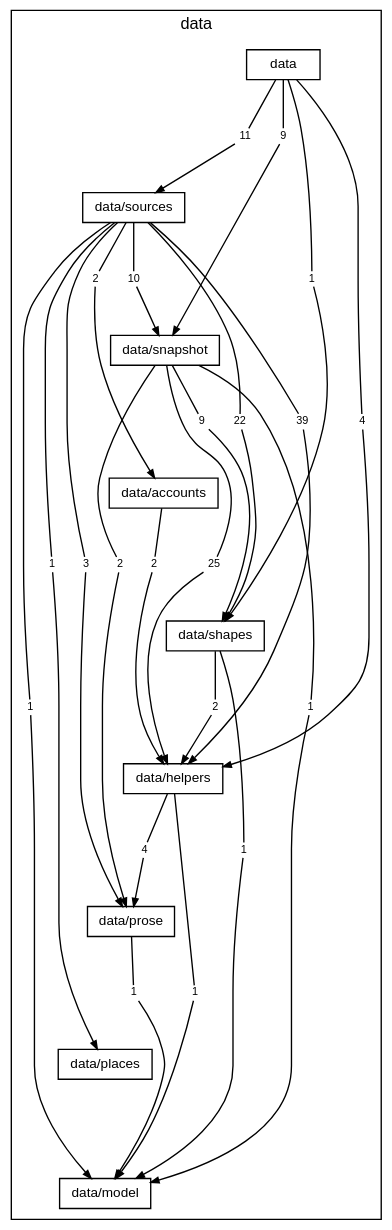
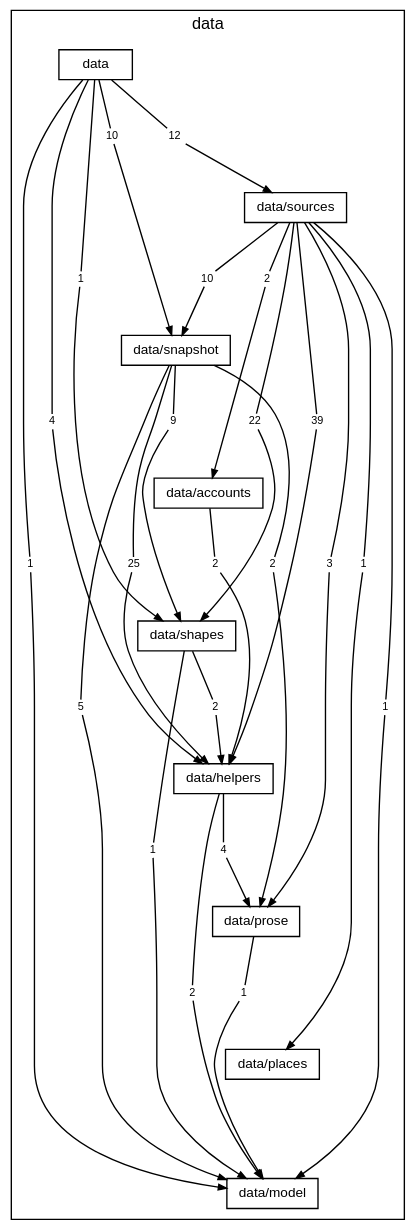
One commit to TheAxeC/oculus changed the diagram in docs/diagrams/layer-data.dot. Above: the diagram before and after it, drawn with Graphviz. The commit also changed 192 other files, not shown here.

```diff
--- a/docs/diagrams/layer-data.dot
+++ b/docs/diagrams/layer-data.dot
@@ -1,88 +1,91 @@
 digraph layer_data {
     graph [bgcolor="transparent", rankdir=TB, newrank=true, mclimit=4, fontname="Helvetica,Arial,sans-serif", fontsize=12, nodesep=0.2, ranksep=0.5];
     node [shape=box, color="black", fontcolor="black", fontname="Helvetica,Arial,sans-serif", fontsize=10, height=0.3, margin="0.12,0.04"];
     edge [color="black", fontcolor="black", fontname="Helvetica,Arial,sans-serif", fontsize=8, arrowsize=0.6];
     subgraph "cluster_data" {
         label="data"; style=solid;
         "folder data" [label="data"];
         "folder data/sources" [label="data/sources"];
         "folder data/snapshot" [label="data/snapshot"];
         "folder data/accounts" [label="data/accounts"];
         "folder data/shapes" [label="data/shapes"];
         "folder data/helpers" [label="data/helpers"];
         "folder data/prose" [label="data/prose"];
         "folder data/places" [label="data/places"];
         "folder data/model" [label="data/model"];
         "folder data to folder data/helpers" [label="4", shape=box, color="transparent", fontsize=8, width=0, height=0, margin="0.04,0.02"];
+        "folder data to folder data/model" [label="1", shape=box, color="transparent", fontsize=8, width=0, height=0, margin="0.04,0.02"];
         "folder data to folder data/shapes" [label="1", shape=box, color="transparent", fontsize=8, width=0, height=0, margin="0.04,0.02"];
-        "folder data to folder data/snapshot" [label="9", shape=box, color="transparent", fontsize=8, width=0, height=0, margin="0.04,0.02"];
-        "folder data to folder data/sources" [label="11", shape=box, color="transparent", fontsize=8, width=0, height=0, margin="0.04,0.02"];
+        "folder data to folder data/snapshot" [label="10", shape=box, color="transparent", fontsize=8, width=0, height=0, margin="0.04,0.02"];
+        "folder data to folder data/sources" [label="12", shape=box, color="transparent", fontsize=8, width=0, height=0, margin="0.04,0.02"];
         "folder data/sources to folder data/accounts" [label="2", shape=box, color="transparent", fontsize=8, width=0, height=0, margin="0.04,0.02"];
         "folder data/sources to folder data/helpers" [label="39", shape=box, color="transparent", fontsize=8, width=0, height=0, margin="0.04,0.02"];
         "folder data/sources to folder data/model" [label="1", shape=box, color="transparent", fontsize=8, width=0, height=0, margin="0.04,0.02"];
         "folder data/sources to folder data/places" [label="1", shape=box, color="transparent", fontsize=8, width=0, height=0, margin="0.04,0.02"];
         "folder data/sources to folder data/prose" [label="3", shape=box, color="transparent", fontsize=8, width=0, height=0, margin="0.04,0.02"];
         "folder data/sources to folder data/shapes" [label="22", shape=box, color="transparent", fontsize=8, width=0, height=0, margin="0.04,0.02"];
         "folder data/sources to folder data/snapshot" [label="10", shape=box, color="transparent", fontsize=8, width=0, height=0, margin="0.04,0.02"];
         "folder data/snapshot to folder data/helpers" [label="25", shape=box, color="transparent", fontsize=8, width=0, height=0, margin="0.04,0.02"];
-        "folder data/snapshot to folder data/model" [label="1", shape=box, color="transparent", fontsize=8, width=0, height=0, margin="0.04,0.02"];
+        "folder data/snapshot to folder data/model" [label="5", shape=box, color="transparent", fontsize=8, width=0, height=0, margin="0.04,0.02"];
         "folder data/snapshot to folder data/prose" [label="2", shape=box, color="transparent", fontsize=8, width=0, height=0, margin="0.04,0.02"];
         "folder data/snapshot to folder data/shapes" [label="9", shape=box, color="transparent", fontsize=8, width=0, height=0, margin="0.04,0.02"];
         "folder data/accounts to folder data/helpers" [label="2", shape=box, color="transparent", fontsize=8, width=0, height=0, margin="0.04,0.02"];
         "folder data/shapes to folder data/helpers" [label="2", shape=box, color="transparent", fontsize=8, width=0, height=0, margin="0.04,0.02"];
         "folder data/shapes to folder data/model" [label="1", shape=box, color="transparent", fontsize=8, width=0, height=0, margin="0.04,0.02"];
-        "folder data/helpers to folder data/model" [label="1", shape=box, color="transparent", fontsize=8, width=0, height=0, margin="0.04,0.02"];
+        "folder data/helpers to folder data/model" [label="2", shape=box, color="transparent", fontsize=8, width=0, height=0, margin="0.04,0.02"];
         "folder data/helpers to folder data/prose" [label="4", shape=box, color="transparent", fontsize=8, width=0, height=0, margin="0.04,0.02"];
         "folder data/prose to folder data/model" [label="1", shape=box, color="transparent", fontsize=8, width=0, height=0, margin="0.04,0.02"];
     }
     "folder data" -> "folder data/sources" [style=invis, weight=10, minlen=2];
     "folder data/sources" -> "folder data/snapshot" [style=invis, weight=10, minlen=2];
     "folder data/snapshot" -> "folder data/accounts" [style=invis, weight=10, minlen=2];
     "folder data/accounts" -> "folder data/shapes" [style=invis, weight=10, minlen=2];
     "folder data/shapes" -> "folder data/helpers" [style=invis, weight=10, minlen=2];
     "folder data/helpers" -> "folder data/prose" [style=invis, weight=10, minlen=2];
     "folder data/prose" -> "folder data/places" [style=invis, weight=10, minlen=2];
     "folder data/places" -> "folder data/model" [style=invis, weight=10, minlen=2];
     "folder data" -> "folder data to folder data/helpers" [arrowhead=none, minlen=5, weight=10];
     "folder data to folder data/helpers" -> "folder data/helpers" [];
+    "folder data" -> "folder data to folder data/model" [arrowhead=none, minlen=7, weight=10];
+    "folder data to folder data/model" -> "folder data/model" [];
     "folder data" -> "folder data to folder data/shapes" [arrowhead=none, minlen=3, weight=10];
     "folder data to folder data/shapes" -> "folder data/shapes" [];
     "folder data" -> "folder data to folder data/snapshot" [arrowhead=none, minlen=1, weight=10];
     "folder data to folder data/snapshot" -> "folder data/snapshot" [];
     "folder data" -> "folder data to folder data/sources" [arrowhead=none, minlen=1, weight=10];
     "folder data to folder data/sources" -> "folder data/sources" [];
     "folder data/sources" -> "folder data/sources to folder data/accounts" [arrowhead=none, minlen=1, weight=10];
     "folder data/sources to folder data/accounts" -> "folder data/accounts" [];
     "folder data/sources" -> "folder data/sources to folder data/helpers" [arrowhead=none, minlen=3, weight=10];
     "folder data/sources to folder data/helpers" -> "folder data/helpers" [];
     "folder data/sources" -> "folder data/sources to folder data/model" [arrowhead=none, minlen=7, weight=10];
     "folder data/sources to folder data/model" -> "folder data/model" [];
     "folder data/sources" -> "folder data/sources to folder data/places" [arrowhead=none, minlen=5, weight=10];
     "folder data/sources to folder data/places" -> "folder data/places" [];
     "folder data/sources" -> "folder data/sources to folder data/prose" [arrowhead=none, minlen=5, weight=10];
     "folder data/sources to folder data/prose" -> "folder data/prose" [];
     "folder data/sources" -> "folder data/sources to folder data/shapes" [arrowhead=none, minlen=3, weight=10];
     "folder data/sources to folder data/shapes" -> "folder data/shapes" [];
     "folder data/sources" -> "folder data/sources to folder data/snapshot" [arrowhead=none, minlen=1, weight=10];
     "folder data/sources to folder data/snapshot" -> "folder data/snapshot" [];
     "folder data/snapshot" -> "folder data/snapshot to folder data/helpers" [arrowhead=none, minlen=3, weight=10];
     "folder data/snapshot to folder data/helpers" -> "folder data/helpers" [];
     "folder data/snapshot" -> "folder data/snapshot to folder data/model" [arrowhead=none, minlen=5, weight=10];
     "folder data/snapshot to folder data/model" -> "folder data/model" [];
     "folder data/snapshot" -> "folder data/snapshot to folder data/prose" [arrowhead=none, minlen=3, weight=10];
     "folder data/snapshot to folder data/prose" -> "folder data/prose" [];
     "folder data/snapshot" -> "folder data/snapshot to folder data/shapes" [arrowhead=none, minlen=1, weight=10];
     "folder data/snapshot to folder data/shapes" -> "folder data/shapes" [];
     "folder data/accounts" -> "folder data/accounts to folder data/helpers" [arrowhead=none, minlen=1, weight=10];
     "folder data/accounts to folder data/helpers" -> "folder data/helpers" [];
     "folder data/shapes" -> "folder data/shapes to folder data/helpers" [arrowhead=none, minlen=1, weight=10];
     "folder data/shapes to folder data/helpers" -> "folder data/helpers" [];
     "folder data/shapes" -> "folder data/shapes to folder data/model" [arrowhead=none, minlen=3, weight=10];
     "folder data/shapes to folder data/model" -> "folder data/model" [];
     "folder data/helpers" -> "folder data/helpers to folder data/model" [arrowhead=none, minlen=3, weight=10];
     "folder data/helpers to folder data/model" -> "folder data/model" [];
     "folder data/helpers" -> "folder data/helpers to folder data/prose" [arrowhead=none, minlen=1, weight=10];
     "folder data/helpers to folder data/prose" -> "folder data/prose" [];
     "folder data/prose" -> "folder data/prose to folder data/model" [arrowhead=none, minlen=1, weight=10];
     "folder data/prose to folder data/model" -> "folder data/model" [];
 }
```
